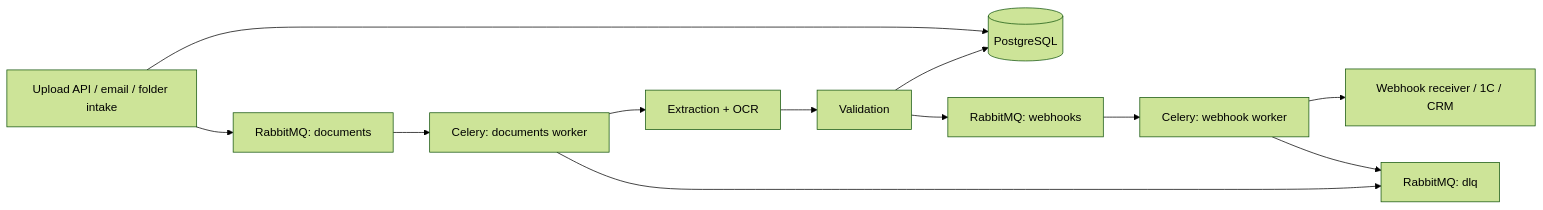
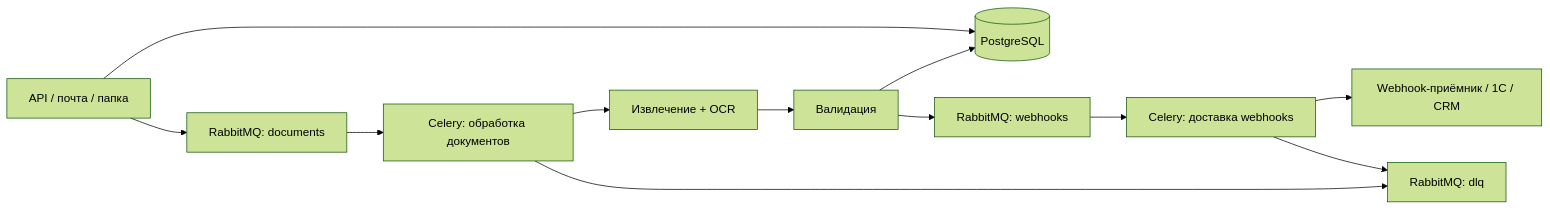
One commit to Nikita-Kotlyar/async-document-queue changed the diagram in README.md. Above: the diagram before and after it, drawn with Mermaid (forest theme). The commit also changed other lines of this file and 7 other files, not shown here.

````diff
--- a/README.md
+++ b/README.md
@@ -25,14 +26,14 @@
 ```mermaid
 flowchart LR
-    A["Upload API / email / folder intake"] --> B[("PostgreSQL")]
+    A["API / почта / папка"] --> B[("PostgreSQL")]
     A --> C["RabbitMQ: documents"]
-    C --> D["Celery: documents worker"]
-    D --> E["Extraction + OCR"]
-    E --> F["Validation"]
+    C --> D["Celery: обработка документов"]
+    D --> E["Извлечение + OCR"]
+    E --> F["Валидация"]
     F --> B
     F --> G["RabbitMQ: webhooks"]
-    G --> H["Celery: webhook worker"]
-    H --> I["Webhook receiver / 1C / CRM"]
+    G --> H["Celery: доставка webhooks"]
+    H --> I["Webhook-приёмник / 1C / CRM"]
     D --> J["RabbitMQ: dlq"]
     H --> J
 ```
````
